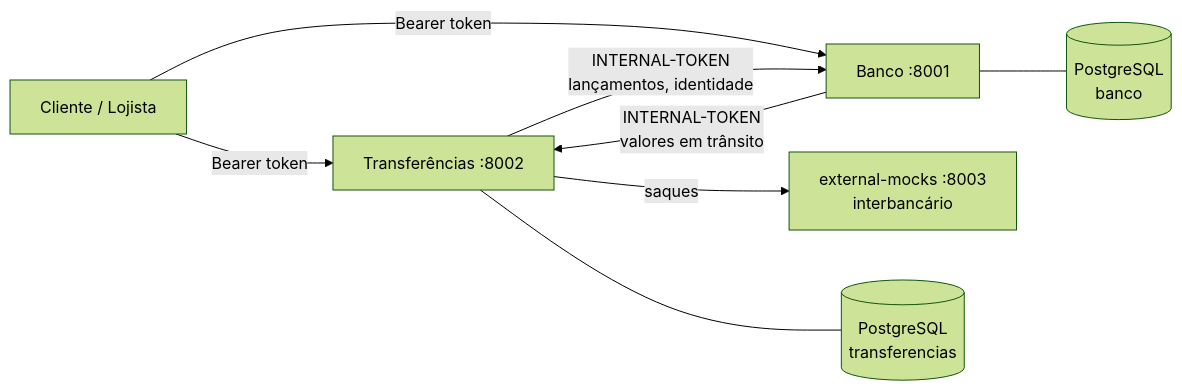
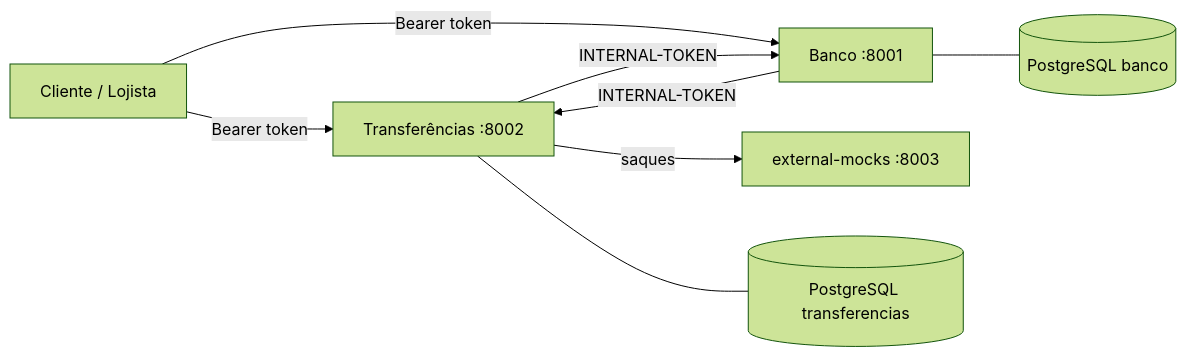
The diagram in README.md (oberico/desafio_qitech), drawn with Mermaid (forest theme) before and after one commit. The commit also changed other lines of this file, not shown here.

````diff
--- a/README.md
+++ b/README.md
@@ -19,10 +7,10 @@
 ```mermaid
 flowchart LR
     C[Cliente / Lojista] -->|Bearer token| T[Transferências :8002]
     C -->|Bearer token| B[Banco :8001]
-    T -->|INTERNAL-TOKEN<br/>lançamentos, identidade| B
-    B -->|INTERNAL-TOKEN<br/>valores em trânsito| T
-    T -->|saques| M[external-mocks :8003<br/>interbancário]
-    B --- BD[(PostgreSQL<br/>banco)]
-    T --- TD[(PostgreSQL<br/>transferencias)]
+    T -->|INTERNAL-TOKEN| B
+    B -->|INTERNAL-TOKEN| T
+    T -->|saques| M[external-mocks :8003]
+    B --- BD[(PostgreSQL banco)]
+    T --- TD[(PostgreSQL transferencias)]
 ```
````
